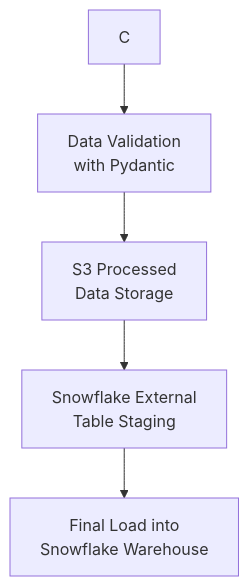
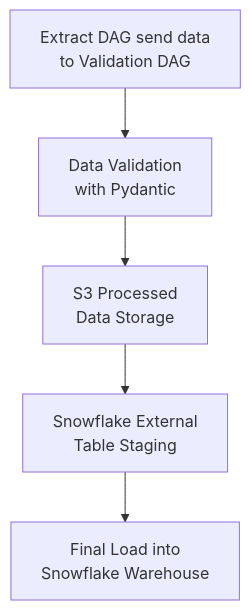
One commit to psgpyc/Data-Engineering-Pipeline-Restaurant-Reservation-Data-Management changed the third of 3 diagrams in README.md. Above: the diagram before and after it, drawn with Mermaid. The commit also changed other lines of this file, not shown here.

````diff
--- a/README.md
+++ b/README.md
@@ -72,7 +85,7 @@
 ```mermaid
 graph TD
-    C --> D[Data Validation<br>with Pydantic];
+    C[Extract DAG send data <br> to Validation DAG] --> D[Data Validation<br>with Pydantic];
     D --> E[S3 Processed<br>Data Storage];
     E --> F[Snowflake External<br>Table Staging];
     F --> G[Final Load into<br>Snowflake Warehouse];
 ```
````
